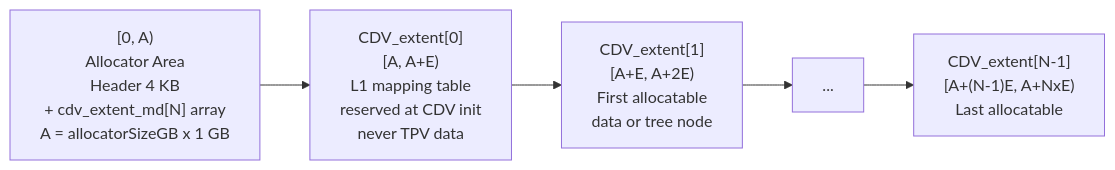
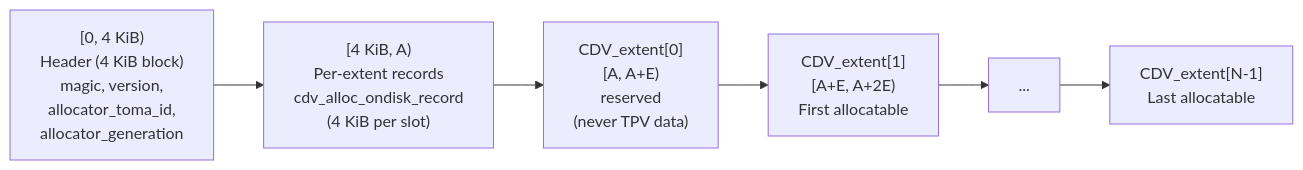
Before and after one commit to NVIDIA/nvmesh-kernel: the third of 9 diagrams in design/TPV_ThinProvisioningImplementation.md, drawn with Mermaid. The commit also changed other lines of this file and 1 other file, not shown here.

First line of the commit message:
[NVMESH-8529] docs (Design/TPV): sync design docs with implementation

````diff
--- a/design/TPV_ThinProvisioningImplementation.md
+++ b/design/TPV_ThinProvisioningImplementation.md
@@ -542,9 +552,10 @@
 ```mermaid
 graph LR
-    A["[0, A)\nAllocator Area\nHeader 4 KB\n+ cdv_extent_md[N] array\nA = allocatorSizeGB x 1 GB"]
-    B["CDV_extent[0]\n[A, A+E)\nL1 mapping table\nreserved at CDV init\nnever TPV data"]
-    C["CDV_extent[1]\n[A+E, A+2E)\nFirst allocatable\ndata or tree node"]
-    D["..."]
-    E["CDV_extent[N-1]\n[A+(N-1)E, A+NxE)\nLast allocatable"]
-    A --> B --> C --> D --> E
+    H["[0, 4 KiB)\nHeader (4 KiB block)\nmagic, version,\nallocator_toma_id,\nallocator_generation"]
+    R["[4 KiB, A)\nPer-extent records\ncdv_alloc_ondisk_record\n(4 KiB per slot)"]
+    D0["CDV_extent[0]\n[A, A+E)\nreserved\n(never TPV data)"]
+    D1["CDV_extent[1]\n[A+E, A+2E)\nFirst allocatable"]
+    D2["..."]
+    DN["CDV_extent[N-1]\nLast allocatable"]
+    H --> R --> D0 --> D1 --> D2 --> DN
 ```
````
